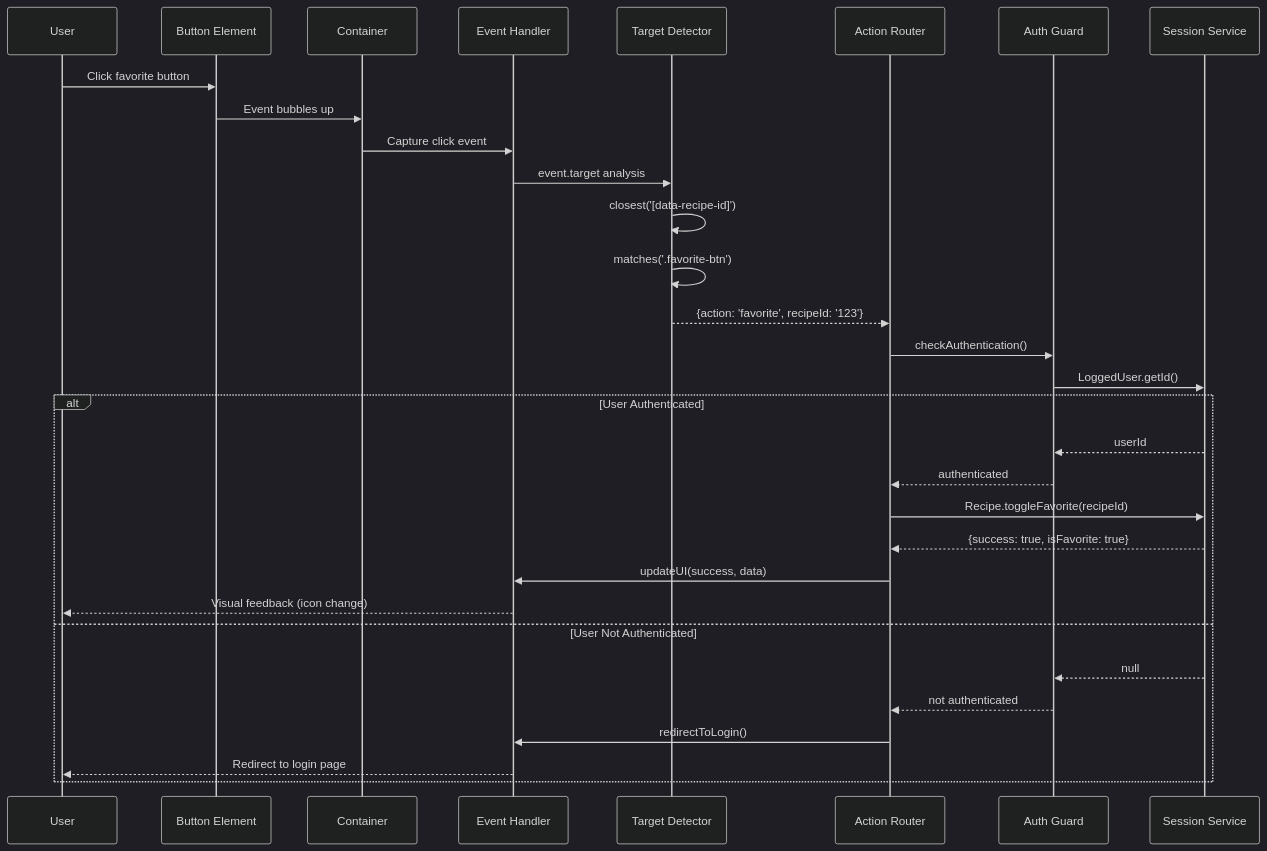
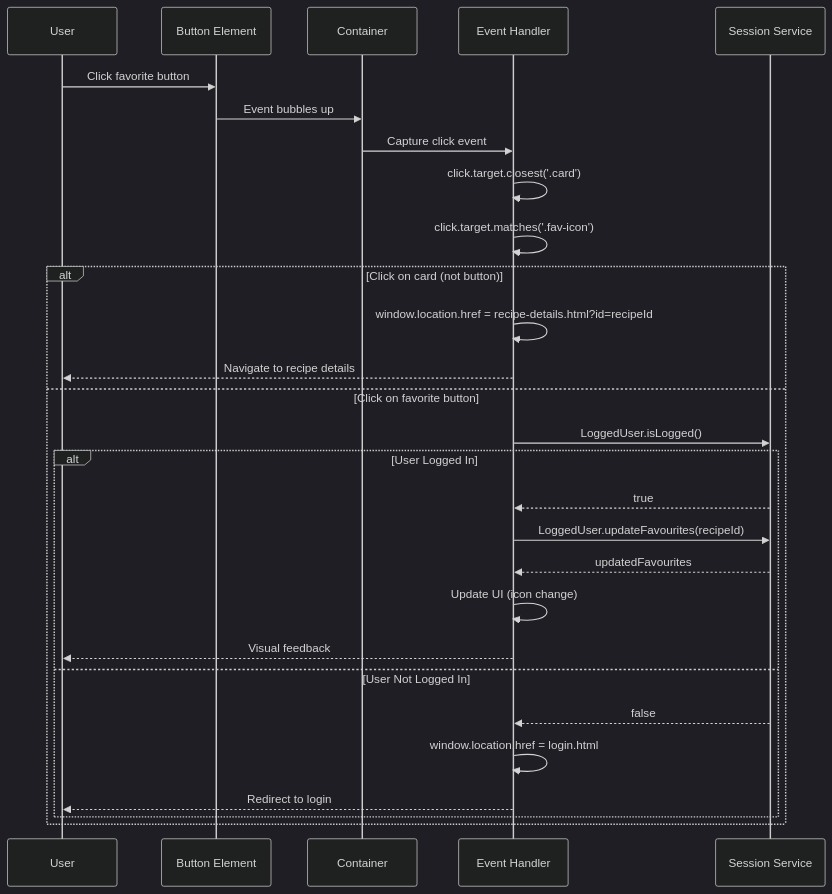
Before and after one commit to damiano-g/PGRC-project: the second of 4 diagrams in documentation/diagrams/06-event-delegation.md, drawn with Mermaid (dark theme). The commit also changed other lines of this file and 6 other files, not shown here.

````diff
--- a/documentation/diagrams/06-event-delegation.md
+++ b/documentation/diagrams/06-event-delegation.md
@@ -59,36 +57,32 @@
 ```mermaid
 sequenceDiagram
     participant USER as User
     participant BTN as Button Element
     participant CONTAINER as Container
     participant HANDLER as Event Handler
-    participant DETECTOR as Target Detector
-    participant ROUTER as Action Router
-    participant AUTH as Auth Guard
     participant SESSION as Session Service
     
     USER->>BTN: Click favorite button
     BTN->>CONTAINER: Event bubbles up
     CONTAINER->>HANDLER: Capture click event
-    HANDLER->>DETECTOR: event.target analysis
-    DETECTOR->>DETECTOR: closest('[data-recipe-id]')
-    DETECTOR->>DETECTOR: matches('.favorite-btn')
-    DETECTOR-->>ROUTER: {action: 'favorite', recipeId: '123'}
+    HANDLER->>HANDLER: click.target.closest('.card')
+    HANDLER->>HANDLER: click.target.matches('.fav-icon')
     
-    ROUTER->>AUTH: checkAuthentication()
-    AUTH->>SESSION: LoggedUser.getId()
-    
-    alt User Authenticated
-        SESSION-->>AUTH: userId
-        AUTH-->>ROUTER: authenticated
-        ROUTER->>SESSION: Recipe.toggleFavorite(recipeId)
-        SESSION-->>ROUTER: {success: true, isFavorite: true}
-        ROUTER->>HANDLER: updateUI(success, data)
-        HANDLER-->>USER: Visual feedback (icon change)
-    else User Not Authenticated
-        SESSION-->>AUTH: null
-        AUTH-->>ROUTER: not authenticated
-        ROUTER->>HANDLER: redirectToLogin()
-        HANDLER-->>USER: Redirect to login page
+    alt Click on card (not button)
+        HANDLER->>HANDLER: window.location.href = recipe-details.html?id=recipeId
+        HANDLER-->>USER: Navigate to recipe details
+    else Click on favorite button
+        HANDLER->>SESSION: LoggedUser.isLogged()
+        alt User Logged In
+            SESSION-->>HANDLER: true
+            HANDLER->>SESSION: LoggedUser.updateFavourites(recipeId)
+            SESSION-->>HANDLER: updatedFavourites
+            HANDLER->>HANDLER: Update UI (icon change)
+            HANDLER-->>USER: Visual feedback
+        else User Not Logged In
+            SESSION-->>HANDLER: false
+            HANDLER->>HANDLER: window.location.href = login.html
+            HANDLER-->>USER: Redirect to login
+        end
     end
 ```
````
